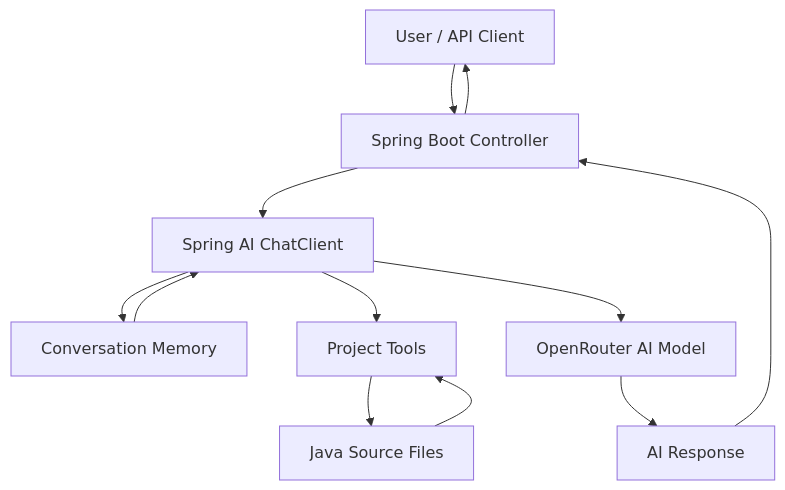
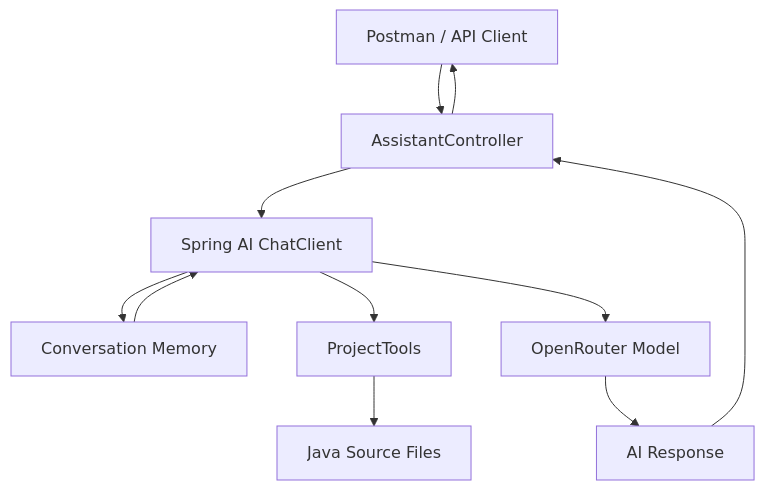
The diagram in README.md (SainathMali/assistant-developer), drawn with Mermaid before and after one commit. The commit also changed other lines of this file, not shown here.

````diff
--- a/README.md
+++ b/README.md
@@ -33,14 +34,13 @@
 ```mermaid
 flowchart TD
-    A[User / API Client] --> B[Spring Boot Controller]
+    A[Postman / API Client] --> B[AssistantController]
     B --> C[Spring AI ChatClient]
     C --> D[Conversation Memory]
-    C --> E[Project Tools]
-    C --> F[OpenRouter AI Model]
+    C --> E[ProjectTools]
+    C --> F[OpenRouter Model]
     E --> G[Java Source Files]
     F --> H[AI Response]
     D --> C
-    G --> E
     H --> B
     B --> A
 ```
````
